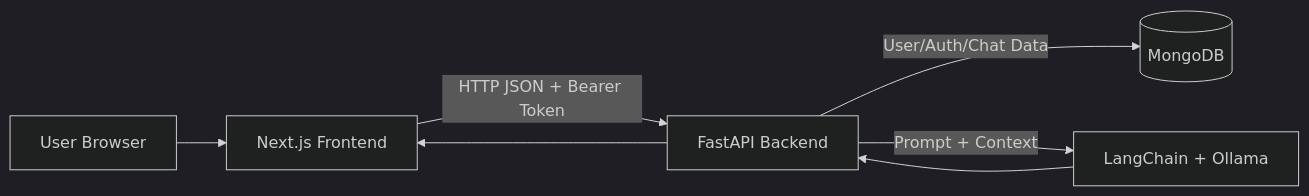
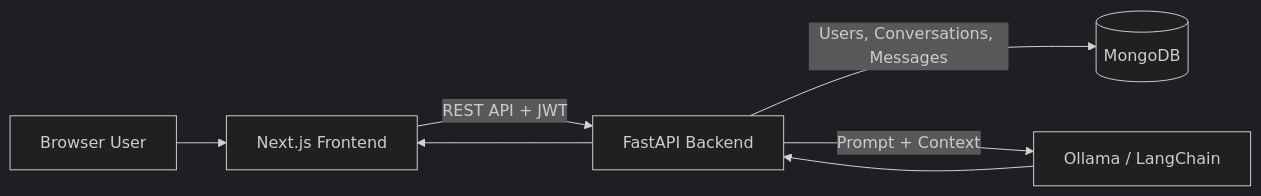
The first of 2 diagrams in README.md (Hemanthlokesh1705/LinguaMentor), drawn with Mermaid (dark theme) before and after one commit. The commit also changed other lines of this file, not shown here.

````diff
--- a/README.md
+++ b/README.md
@@ -42,9 +44,9 @@
 ```mermaid
 flowchart LR
-    U[User Browser] --> F[Next.js Frontend]
-    F -->|HTTP JSON + Bearer Token| B[FastAPI Backend]
-    B -->|User/Auth/Chat Data| M[(MongoDB)]
-    B -->|Prompt + Context| L[LangChain + Ollama]
+    U[Browser User] --> F[Next.js Frontend]
+    F -->|REST API + JWT| B[FastAPI Backend]
+    B -->|Users, Conversations, Messages| M[(MongoDB)]
+    B -->|Prompt + Context| L[Ollama / LangChain]
     L --> B
     B --> F
 ```
````
